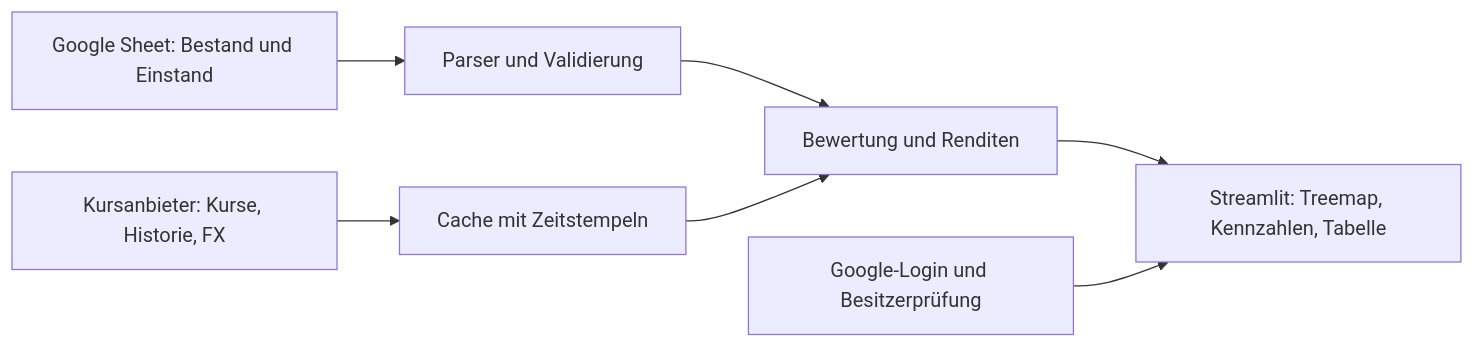
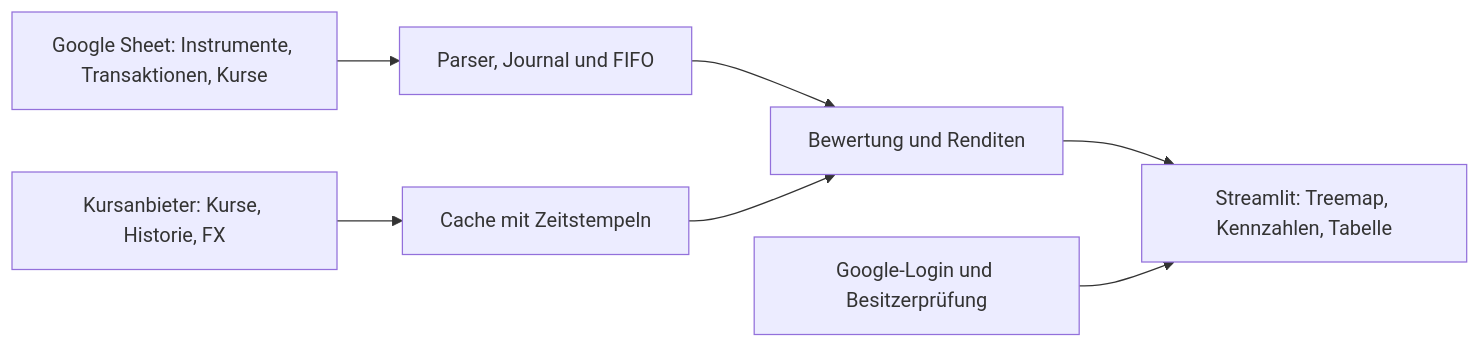
The first of 2 diagrams in README.md (FelixSchramm/stock_treemap), drawn with Mermaid before and after one commit. The commit also changed other lines of this file and 37 other files, not shown here.

First line of the commit message:
feat: Depot liest Instrumente, Transaktionen und Kurse_manuell (ADR 0012)

````diff
--- a/README.md
+++ b/README.md
@@ -102,9 +102,9 @@
 ```mermaid
 flowchart LR
-    S[Google Sheet: Bestand und Einstand] --> P[Parser und Validierung]
+    S[Google Sheet: Instrumente, Transaktionen, Kurse] --> P[Parser, Journal und FIFO]
     Q[Kursanbieter: Kurse, Historie, FX] --> C[Cache mit Zeitstempeln]
     P --> V[Bewertung und Renditen]
     C --> V
     V --> U[Streamlit: Treemap, Kennzahlen, Tabelle]
     L[Google-Login und Besitzerprüfung] --> U
 ```
````
